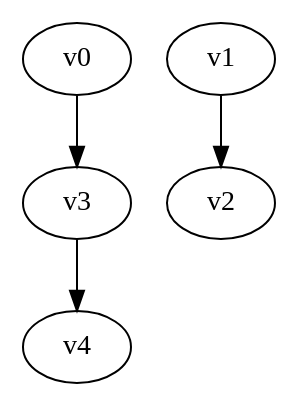
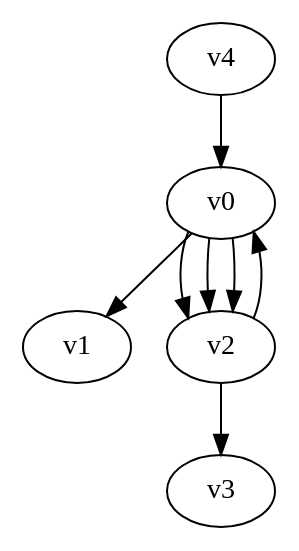
The diagram in digraph.dot (yadej/graph_project), drawn with Graphviz before and after one commit. The commit also changed 3 other files, not shown here.

```diff
--- a/digraph.dot
+++ b/digraph.dot
@@ -1,4 +1,9 @@
 digraph G { 
-v0 -> v3 -> v4;
-v1 -> v2;
+v0 -> v1;
+v0 -> v2;
+v0 -> v2;
+v0 -> v2;
+v2 -> v0;
+v2 -> v3;
+v4 -> v0;
 }
```
